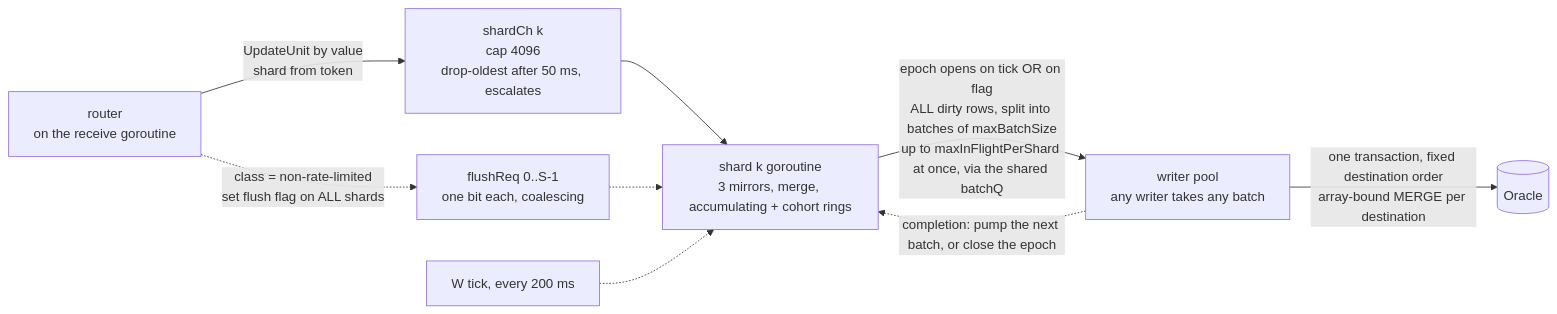
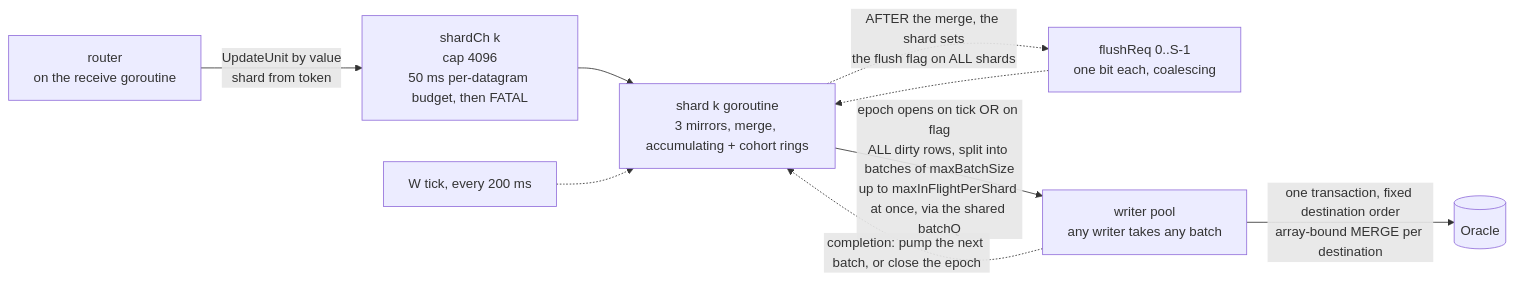
Before and after one commit to redwineyards/feedvalve: the fifth of 16 diagrams in docs/architecture/phase1_hld_design1.md, drawn with Mermaid. The commit also changed other lines of this file, not shown here.

First line of the commit message:
docs(hld1): fix the mirror, epoch and receive-path defects

````diff
--- a/docs/architecture/phase1_hld_design1.md
+++ b/docs/architecture/phase1_hld_design1.md
@@ -1112,11 +1196,11 @@
 ```mermaid
 flowchart LR
-    R["router<br/>on the receive goroutine"] -->|"UpdateUnit by value<br/>shard from token"| Q1["shardCh k<br/>cap 4096<br/>drop-oldest after 50 ms, escalates"]
-    R -.->|"class = non-rate-limited<br/>set flush flag on ALL shards"| FL["flushReq 0..S-1<br/>one bit each, coalescing"]
+    R["router<br/>on the receive goroutine"] -->|"UpdateUnit by value<br/>shard from token"| Q1["shardCh k<br/>cap 4096<br/>50 ms per-datagram budget, then FATAL"]
+    S -.->|"AFTER the merge, the shard sets<br/>the flush flag on ALL shards"| FL["flushReq 0..S-1<br/>one bit each, coalescing"]
     Q1 --> S["shard k goroutine<br/>3 mirrors, merge, accumulating + cohort rings"]
     FL -.-> S
     TK["W tick, every 200 ms"] -.-> S
     S -->|"epoch opens on tick OR on flag<br/>ALL dirty rows, split into batches of maxBatchSize<br/>up to maxInFlightPerShard at once, via the shared batchQ"| W1["writer pool<br/>any writer takes any batch"]
     W1 -->|"one transaction, fixed destination order<br/>array-bound MERGE per destination"| DB[("Oracle")]
     W1 -.->|"completion: pump the next batch, or close the epoch"| S
 ```
````
